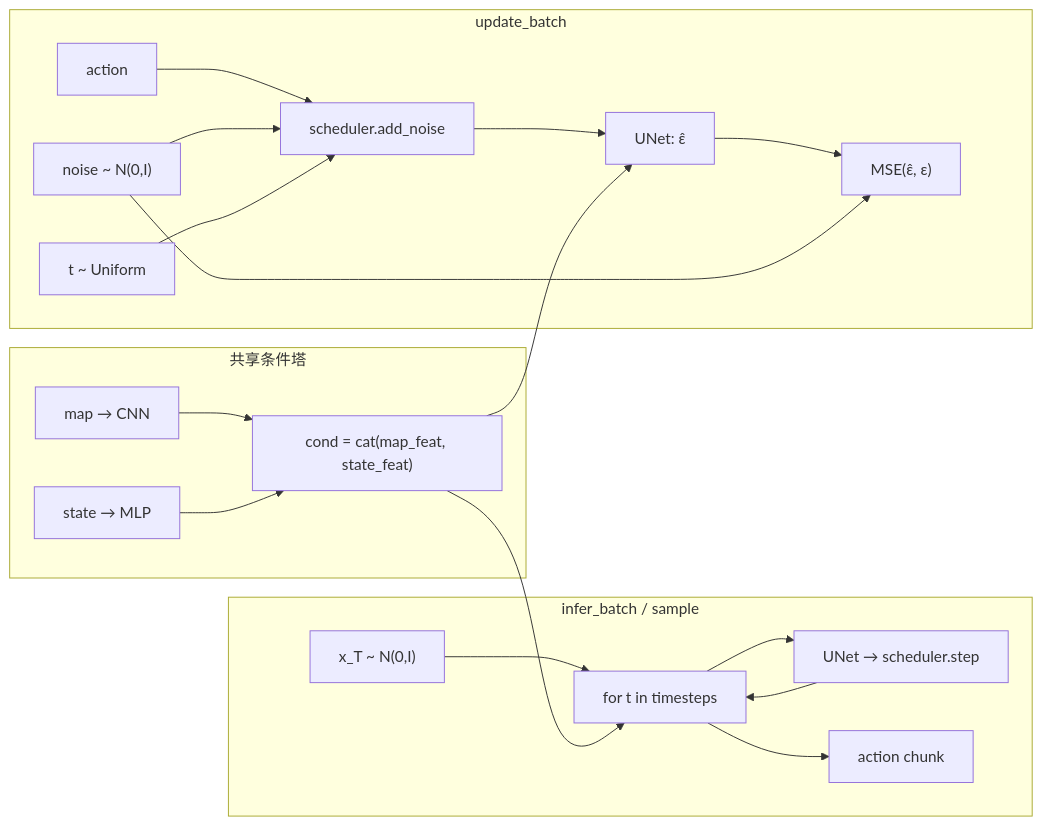
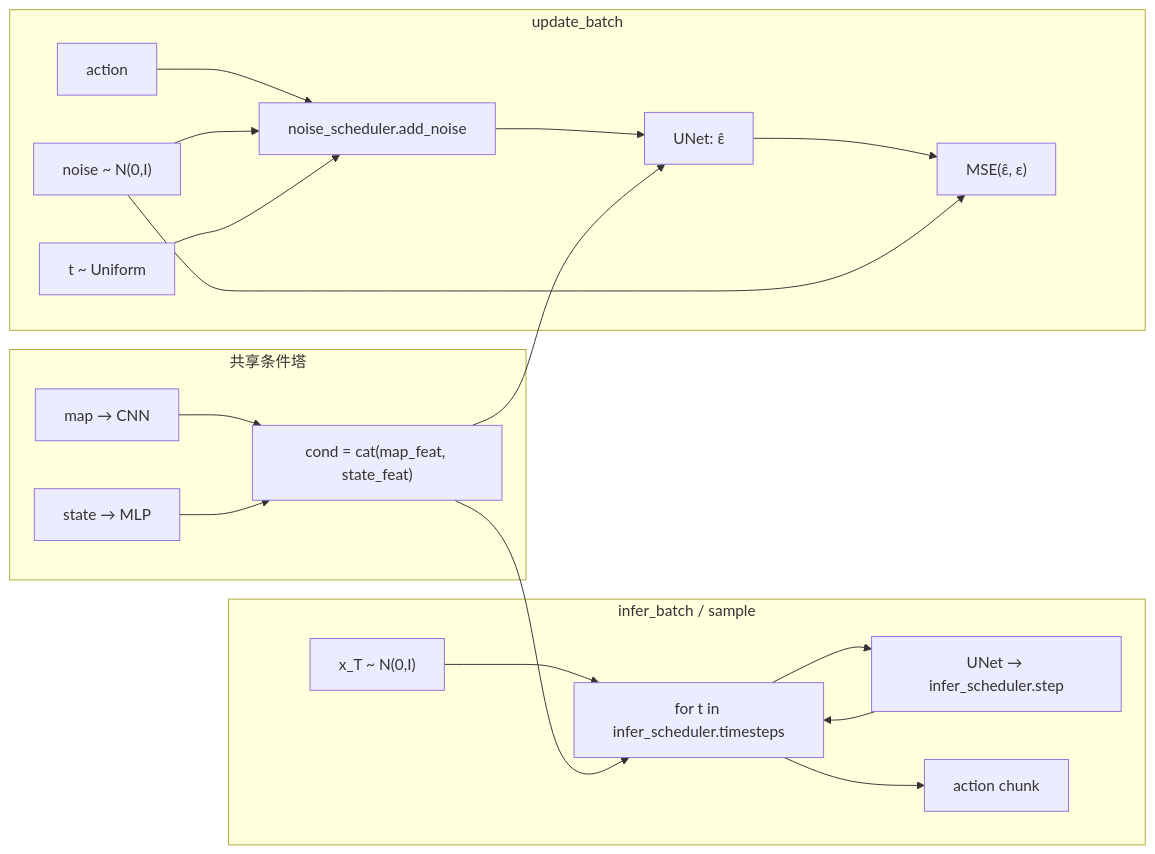
One commit to IBNBlank/maze_playground changed the second of 3 diagrams in bench_policy/utils/policy/dp/ARCHITECTURE.md. Above: the diagram before and after it, drawn with Mermaid. The commit also changed other lines of this file and 14 other files, not shown here.

````diff
--- a/bench_policy/utils/policy/dp/ARCHITECTURE.md
+++ b/bench_policy/utils/policy/dp/ARCHITECTURE.md
@@ -46,38 +53,38 @@
 ```mermaid
 flowchart LR
   subgraph enc["共享条件塔"]
     Map["map → CNN"]
     State["state → MLP"]
     Cond["cond = cat(map_feat, state_feat)"]
     Map --> Cond
     State --> Cond
   end
 
   subgraph train["update_batch"]
     A["action"]
     N["noise ~ N(0,I)"]
     T["t ~ Uniform"]
-    Add["scheduler.add_noise"]
+    Add["noise_scheduler.add_noise"]
     Pred["UNet: ε̂"]
     MSE["MSE(ε̂, ε)"]
     A --> Add
     N --> Add
     T --> Add
     Add --> Pred
     Cond --> Pred
     Pred --> MSE
     N --> MSE
   end
 
   subgraph infer["infer_batch / sample"]
     X0["x_T ~ N(0,I)"]
-    Loop["for t in timesteps"]
-    Step["UNet → scheduler.step"]
+    Loop["for t in infer_scheduler.timesteps"]
+    Step["UNet → infer_scheduler.step"]
     Out["action chunk"]
     X0 --> Loop
     Cond --> Loop
     Loop --> Step
     Step --> Loop
     Loop --> Out
   end
 ```
````
